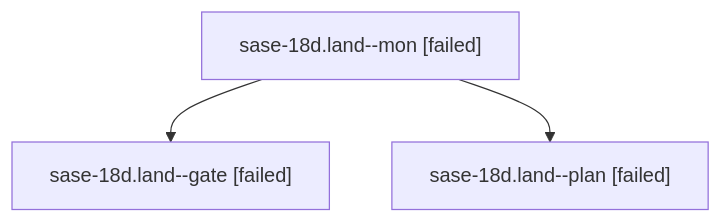
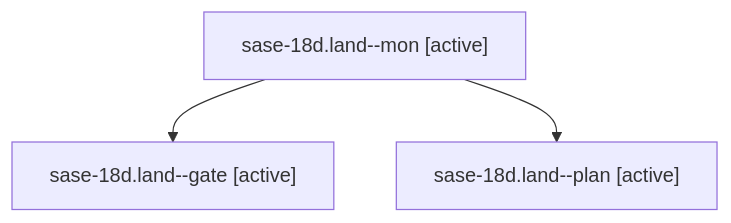
Before and after one commit to sase-org/sase--agents: the diagram in families/bbugyi200.athena.sase-18d.land.md, drawn with Mermaid. The commit also changed other lines of this file and 35830 other files, not shown here.

````diff
--- a/families/bbugyi200.athena.sase-18d.land.md
+++ b/families/bbugyi200.athena.sase-18d.land.md
@@ -9,8 +9,8 @@
 ```mermaid
 flowchart TD
-  n0["sase-18d.land--mon [failed]"]
-  n1["sase-18d.land--gate [failed]"]
+  n0["sase-18d.land--mon [active]"]
+  n1["sase-18d.land--gate [active]"]
   n0 --> n1
-  n2["sase-18d.land--plan [failed]"]
+  n2["sase-18d.land--plan [active]"]
   n0 --> n2
 ```
````
